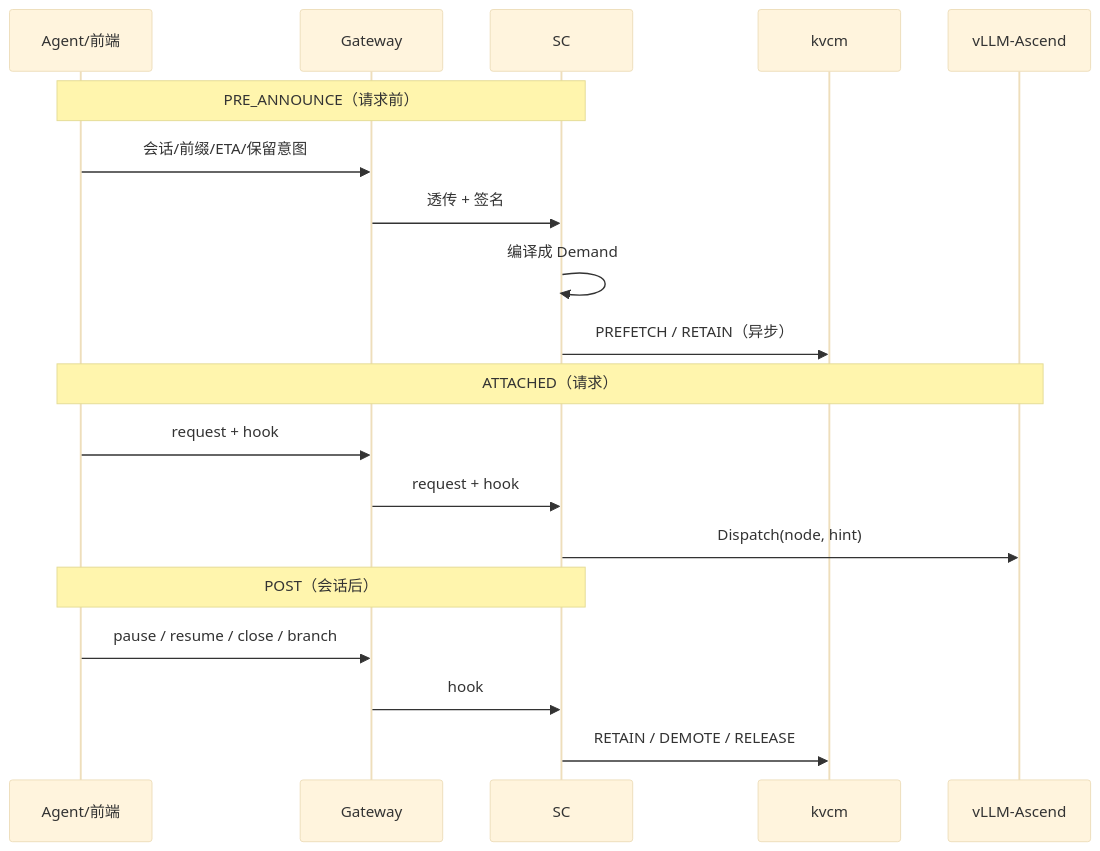
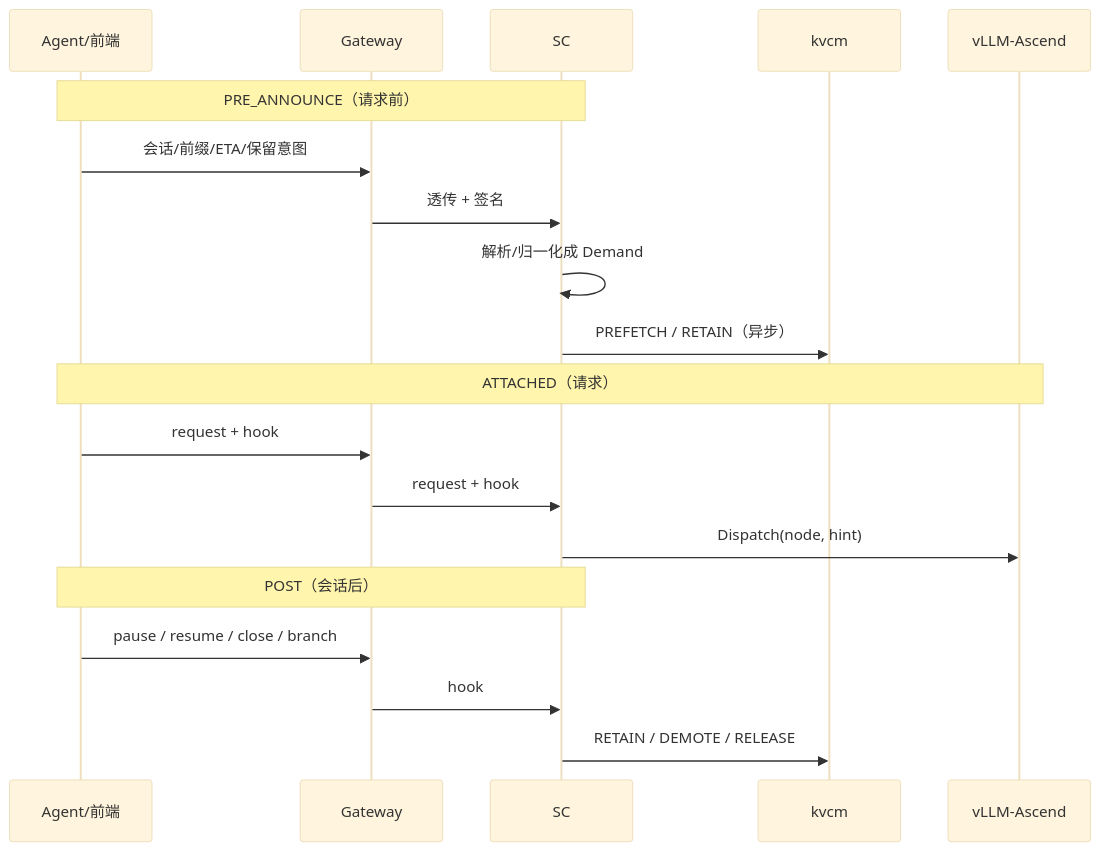
The fifth of 7 diagrams in kvcm/design/D8-joint-scheduling.md (5x8-40/lake), drawn with Mermaid (base theme) before and after one commit. The commit also changed other lines of this file and 4 other files, not shown here.

````diff
--- a/kvcm/design/D8-joint-scheduling.md
+++ b/kvcm/design/D8-joint-scheduling.md
@@ -312,24 +284,24 @@
 ```mermaid
 sequenceDiagram
     participant A as Agent/前端
     participant G as Gateway
     participant R as SC
     participant K as kvcm
     participant W as vLLM-Ascend
 
     Note over A,R: PRE_ANNOUNCE（请求前）
     A->>G: 会话/前缀/ETA/保留意图
     G->>R: 透传 + 签名
-    R->>R: 编译成 Demand
+    R->>R: 解析/归一化成 Demand
     R->>K: PREFETCH / RETAIN（异步）
 
     Note over A,W: ATTACHED（请求）
     A->>G: request + hook
     G->>R: request + hook
     R->>W: Dispatch(node, hint)
 
     Note over A,R: POST（会话后）
     A->>G: pause / resume / close / branch
     G->>R: hook
     R->>K: RETAIN / DEMOTE / RELEASE
 ```
````
